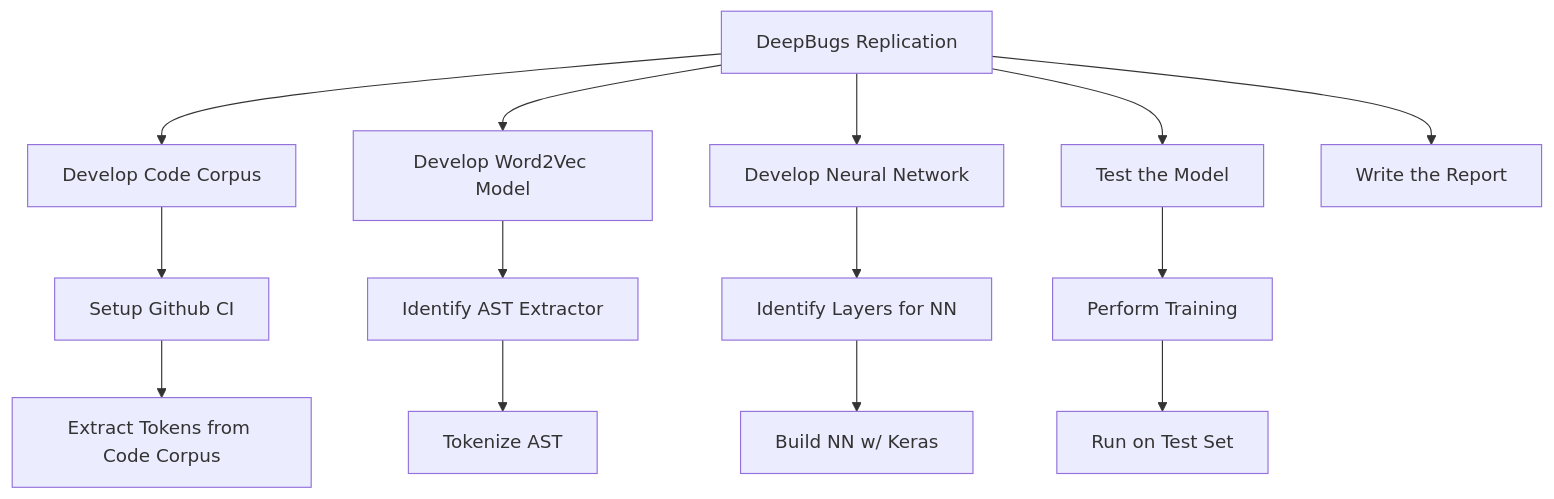
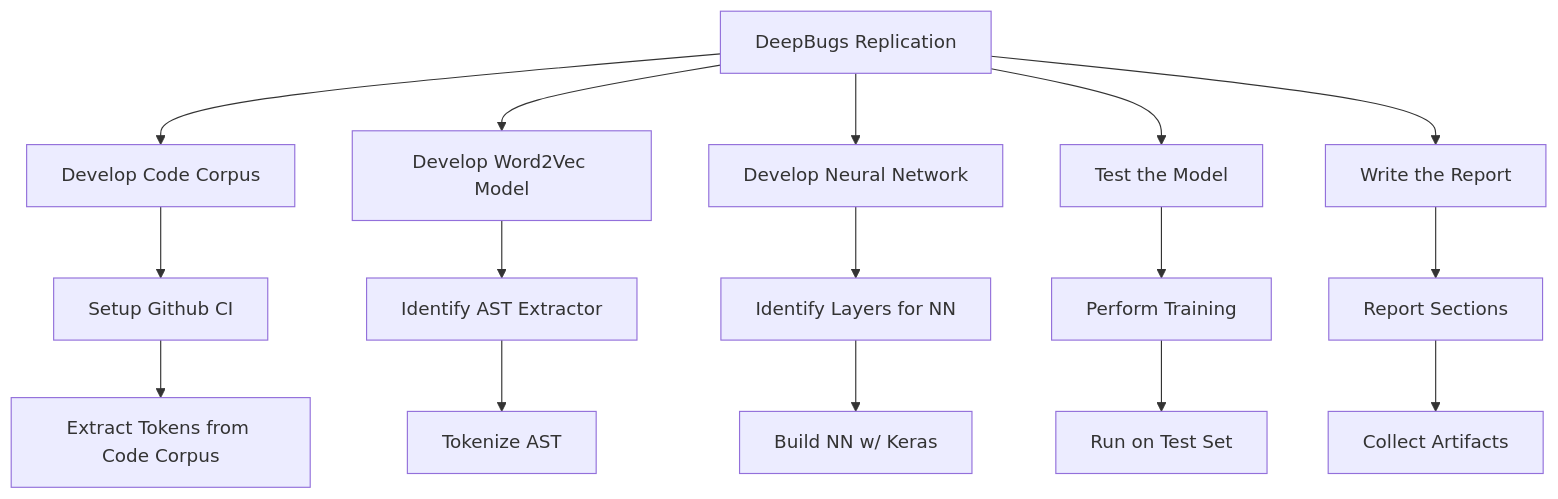
The first of 4 diagrams in README.md (PurdueDualityLab/deepbugs-jr), drawn with Mermaid before and after one commit.

````diff
--- a/README.md
+++ b/README.md
@@ -12,23 +12,25 @@
 ```mermaid
 graph TD
     DR[DeepBugs Replication]
     CC[Develop Code Corpus]
     WV[Develop Word2Vec Model]
     NN[Develop Neural Network]
     T[Test the Model]
     R[Write the Report]
 
     DR --> CC
     CC --> CI[Setup Github CI]
     CI --> EX[Extract Tokens from Code Corpus]
     DR --> WV 
     WV --> AST[Identify AST Extractor] 
     AST --> CT[Tokenize AST]
     DR --> NN
     NN --> ID[Identify Layers for NN]
     ID --> BN[Build NN w/ Keras]
     DR --> T 
     T --> PT[Perform Training]
     PT --> TM[Run on Test Set]
     DR --> R
+    R --> RS[Report Sections]
+    RS --> A[Collect Artifacts]
 ```
````
